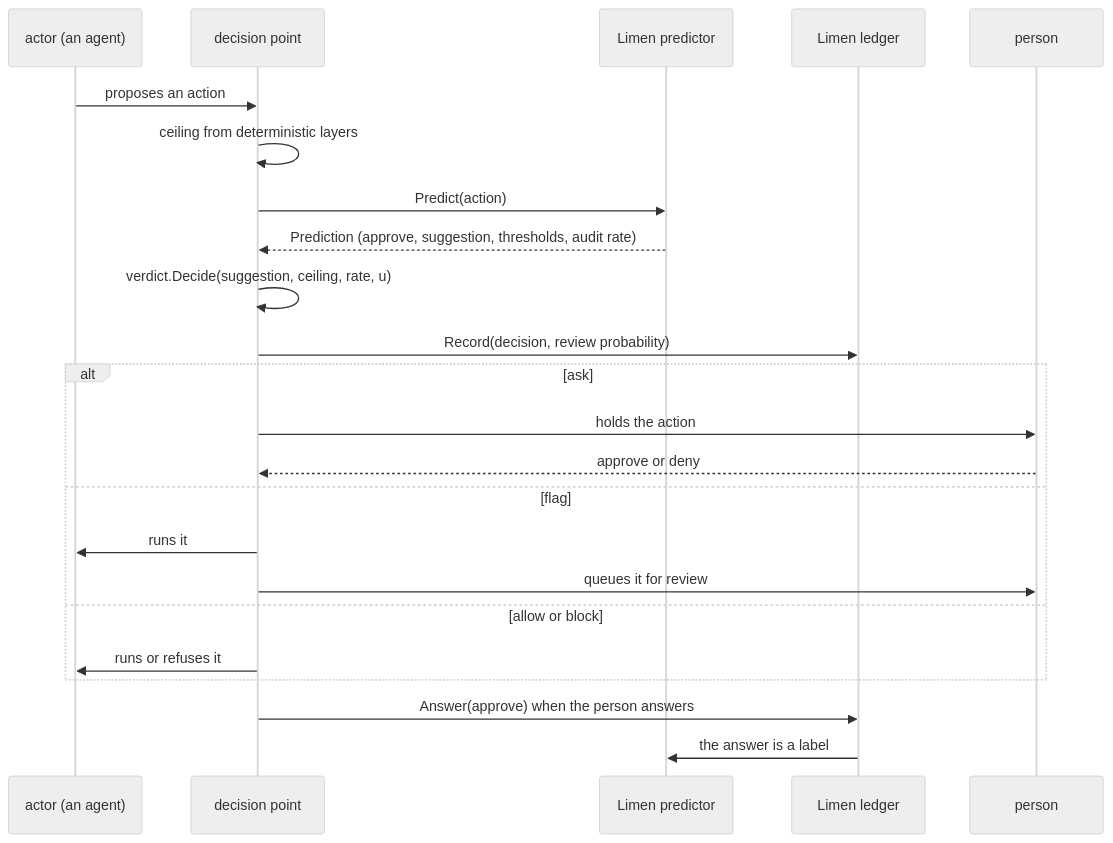
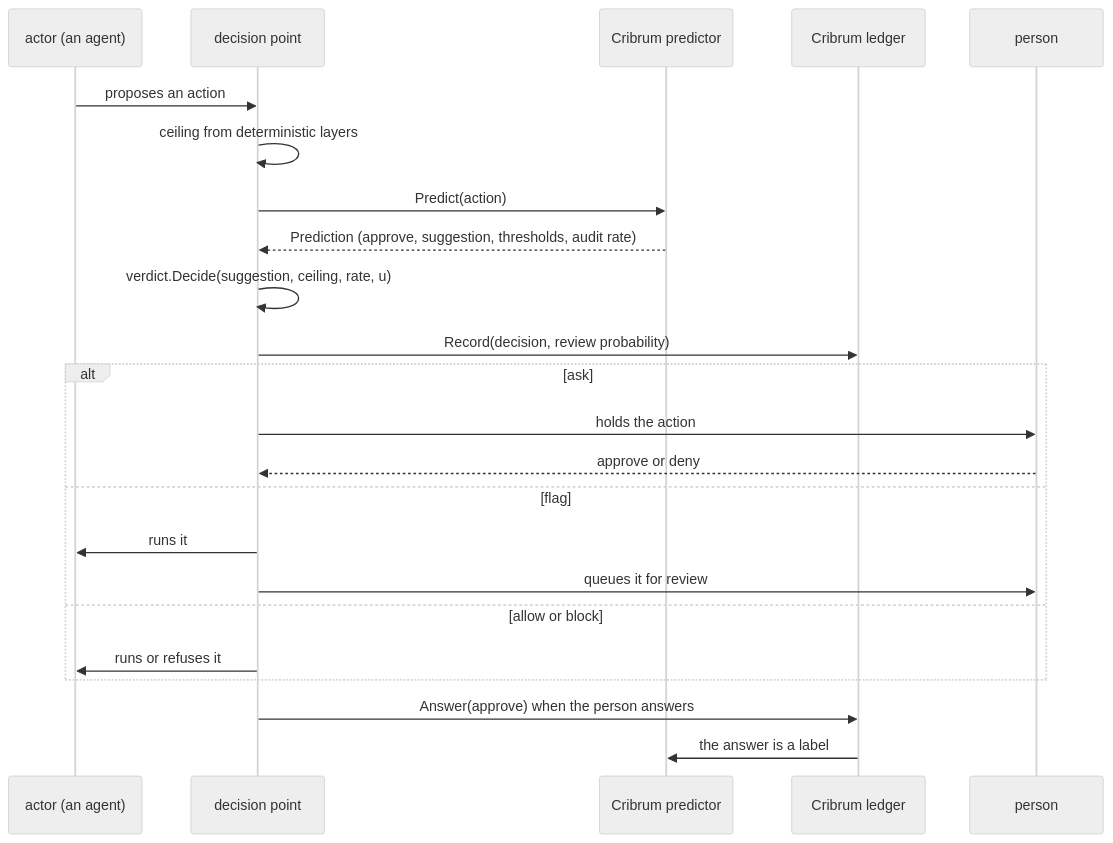
The diagram in specs/001-architecture.md (latere-ai/limen), drawn with Mermaid (neutral theme) before and after one commit. The commit also changed other lines of this file and 78 other files, not shown here.

Commit message:
repo: limen is renamed cribrum before the first release, the name being taken by several agent projects

````diff
--- a/specs/001-architecture.md
+++ b/specs/001-architecture.md
@@ -68,25 +68,25 @@
 ```mermaid
 sequenceDiagram
   participant A as actor (an agent)
   participant D as decision point
-  participant P as Limen predictor
-  participant L as Limen ledger
+  participant P as Cribrum predictor
+  participant L as Cribrum ledger
   participant H as person
   A->>D: proposes an action
   D->>D: ceiling from deterministic layers
   D->>P: Predict(action)
   P-->>D: Prediction (approve, suggestion, thresholds, audit rate)
   D->>D: verdict.Decide(suggestion, ceiling, rate, u)
   D->>L: Record(decision, review probability)
   alt ask
     D->>H: holds the action
     H-->>D: approve or deny
   else flag
     D->>A: runs it
     D->>H: queues it for review
   else allow or block
     D->>A: runs or refuses it
   end
   D->>L: Answer(approve) when the person answers
   L->>P: the answer is a label
 ```
````
